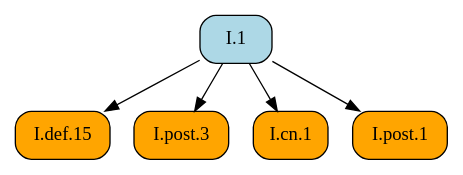
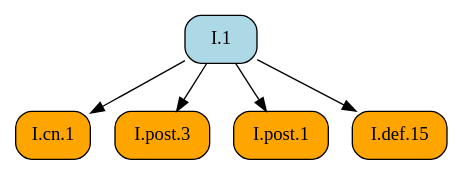
One commit to geometor/elements changed the diagram in docsrc/heath/I/1/index.rst. Above: the diagram before and after it, drawn with Graphviz. The commit also changed other lines of this file and 484 other files, not shown here.

```diff
--- a/docsrc/heath/I/1/index.rst
+++ b/docsrc/heath/I/1/index.rst
@@ -122,15 +122,15 @@
 .. graphviz::
 
    digraph {
      rankdir="TB";
      node [shape=box, style=rounded];
+     "I.cn.1" [style="rounded,filled", fillcolor=orange, URL="/heath/I/cn.1/", target="_top"];
+     "I.1" [style="rounded,filled", fillcolor=lightblue, URL="/heath/I/1/", target="_top"];
+     "I.post.3" [style="rounded,filled", fillcolor=orange, URL="/heath/I/post.3/", target="_top"];
+     "I.post.1" [style="rounded,filled", fillcolor=orange, URL="/heath/I/post.1/", target="_top"];
      "I.def.15" [style="rounded,filled", fillcolor=orange, URL="/heath/I/def.15/", target="_top"];
-     "I.post.3" [style="rounded,filled", fillcolor=orange, URL="/heath/I/post.3/", target="_top"];
-     "I.1" [style="rounded,filled", fillcolor=lightblue, URL="/heath/I/1/", target="_top"];
-     "I.cn.1" [style="rounded,filled", fillcolor=orange, URL="/heath/I/cn.1/", target="_top"];
-     "I.post.1" [style="rounded,filled", fillcolor=orange, URL="/heath/I/post.1/", target="_top"];
+     "I.1" -> "I.cn.1";
+     "I.1" -> "I.post.3";
+     "I.1" -> "I.post.1";
      "I.1" -> "I.def.15";
-     "I.1" -> "I.post.3";
-     "I.1" -> "I.cn.1";
-     "I.1" -> "I.post.1";
    }
```
